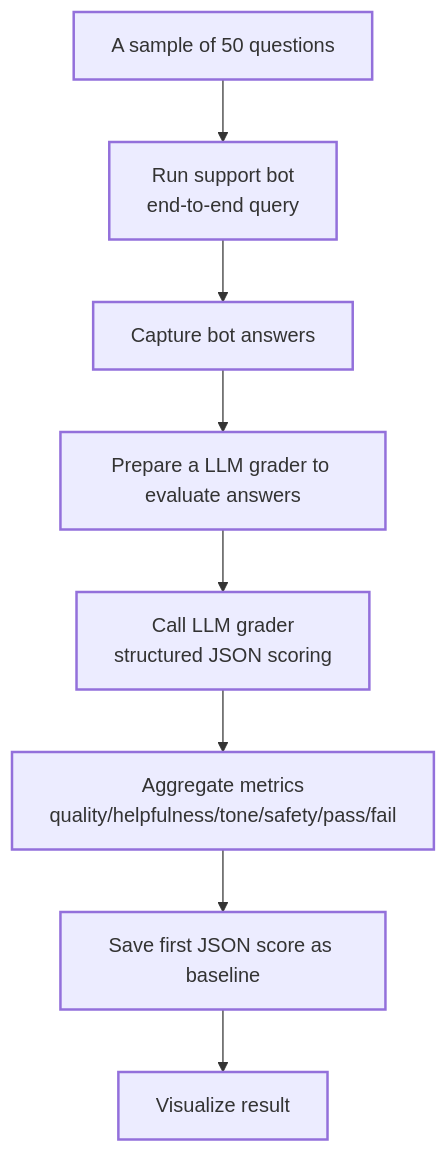
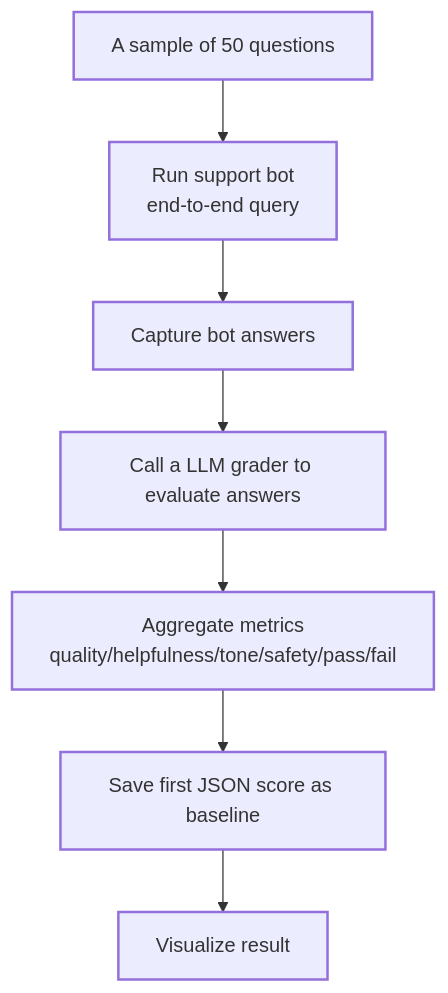
Before and after one commit to palapiessa/testing-with-ai-blog: the first of 2 diagrams in docs/support-bot/2026-03-03-LLM-grader.md, drawn with Mermaid.

Commit message:
simplify chart

```diff
--- a/docs/support-bot/2026-03-03-LLM-grader.md
+++ b/docs/support-bot/2026-03-03-LLM-grader.md
@@ -27,13 +27,12 @@
 <div class="mermaid">
 flowchart TB
 	A[A sample of 50 questions] --> B[Run support bot<br/>end-to-end query]
 	B --> C[Capture bot answers]
-	C --> D[Prepare a LLM grader to evaluate answers]
-	D --> E[Call LLM grader<br/>structured JSON scoring]
-	E --> F[Aggregate metrics<br/>quality/helpfulness/tone/safety/pass/fail]
-	F --> G[Save first JSON score as baseline]
-	G --> H[Visualize result]
-
+	C --> D[Call a LLM grader to evaluate answers]
+	D --> E[Aggregate metrics<br/>quality/helpfulness/tone/safety/pass/fail]
+	E --> F[Save first JSON score as baseline]
+	F --> G[Visualize result]
+	
 	classDef readable font-size:16px,stroke-width:2px;
-	class A,B,C,D,E,F,G,H readable;
+	class A,B,C,D,E,F,G readable;
 </div>
```
